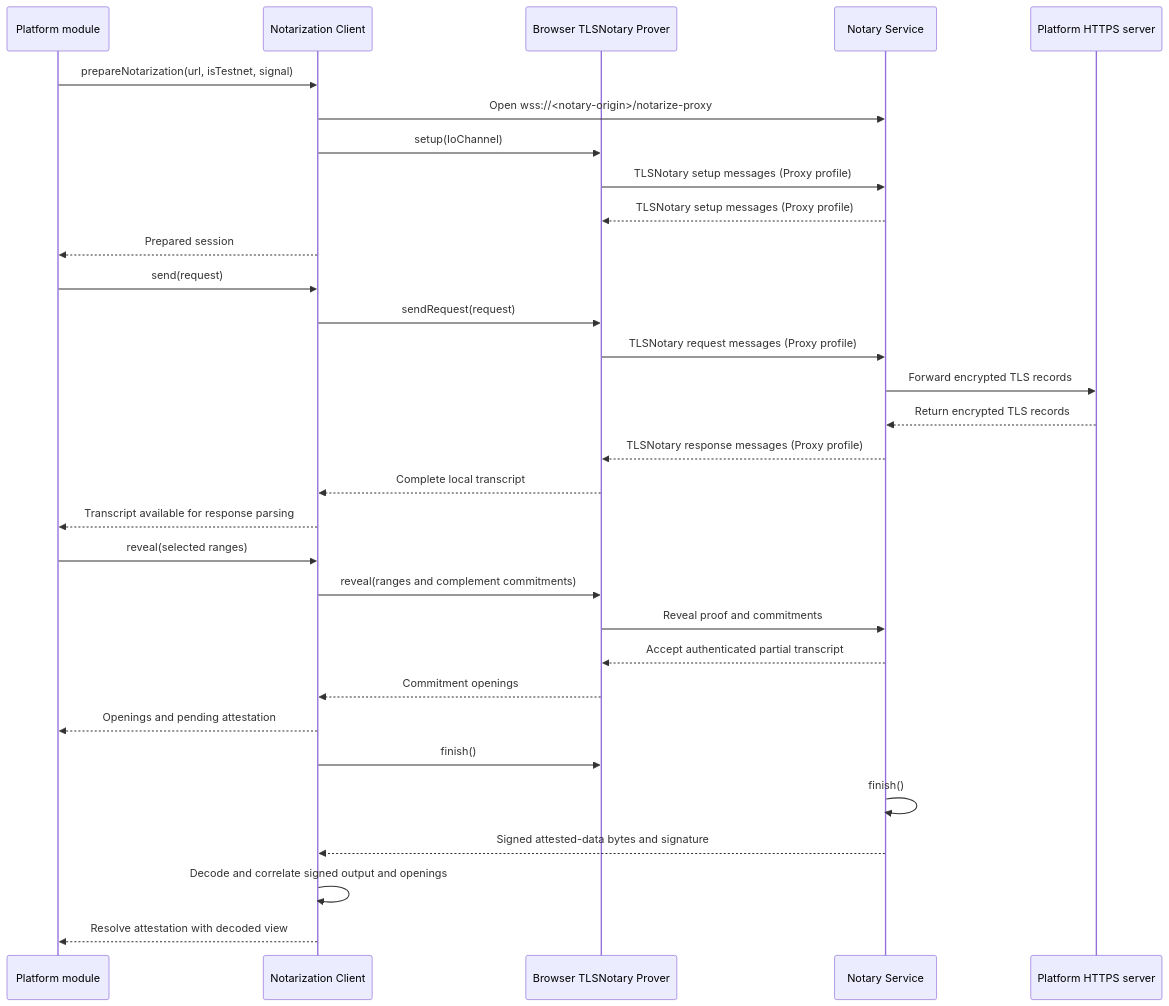
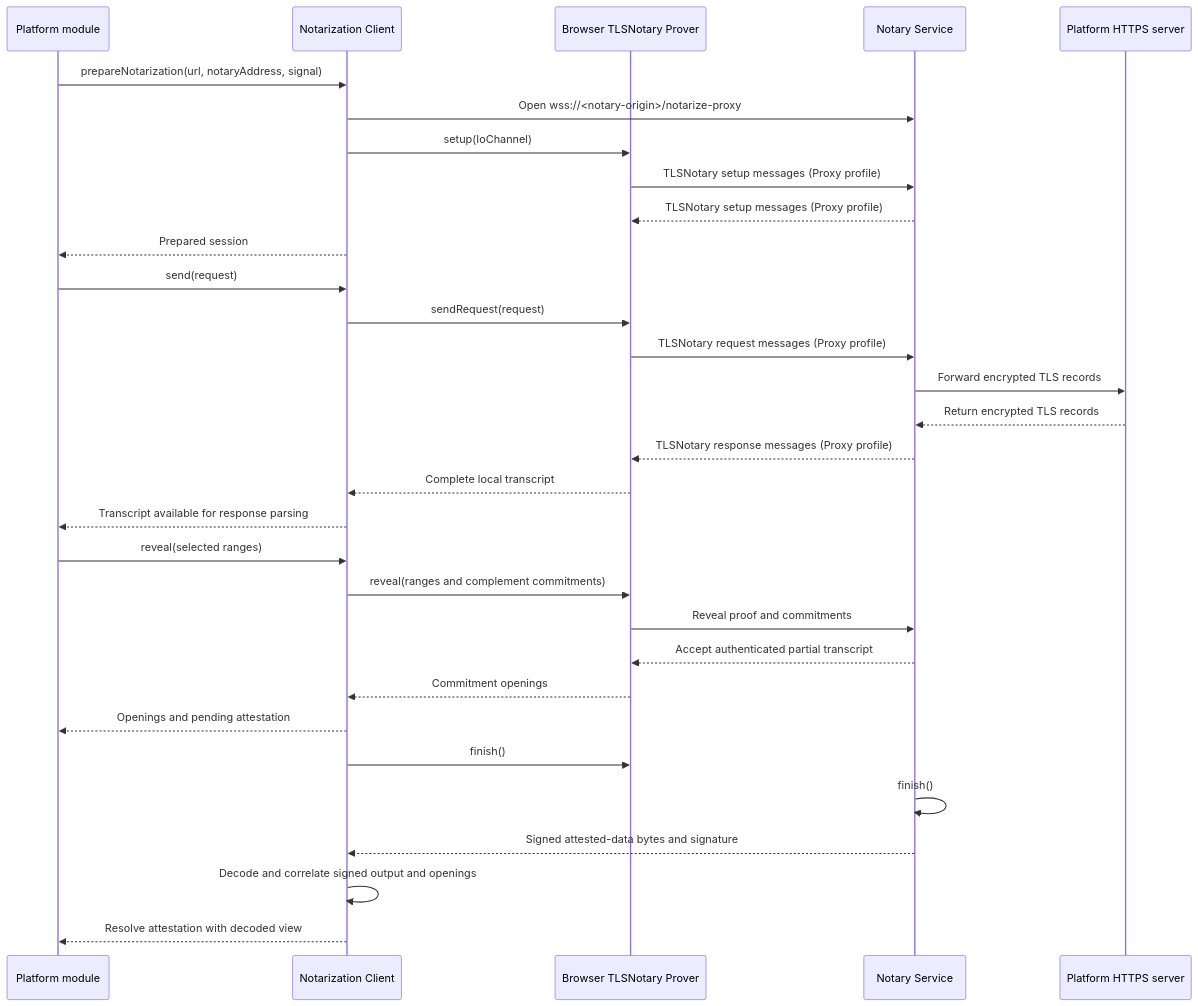
The diagram in ts/packages/ceremony/NOTARIZATION.md (libid-org/libid), drawn with Mermaid before and after one commit. The commit also changed other lines of this file and 7 other files, not shown here.

````diff
--- a/ts/packages/ceremony/NOTARIZATION.md
+++ b/ts/packages/ceremony/NOTARIZATION.md
@@ -312,34 +313,34 @@
 ```mermaid
 sequenceDiagram
     participant M as Platform module
     participant T as Notarization Client
     participant W as Browser TLSNotary Prover
     participant N as Notary Service
     participant P as Platform HTTPS server
 
-    M->>T: prepareNotarization(url, isTestnet, signal)
+    M->>T: prepareNotarization(url, notaryAddress, signal)
     T->>N: Open wss://<notary-origin>/notarize-proxy
     T->>W: setup(IoChannel)
     W->>N: TLSNotary setup messages (Proxy profile)
     N-->>W: TLSNotary setup messages (Proxy profile)
     T-->>M: Prepared session
     M->>T: send(request)
     T->>W: sendRequest(request)
     W->>N: TLSNotary request messages (Proxy profile)
     N->>P: Forward encrypted TLS records
     P-->>N: Return encrypted TLS records
     N-->>W: TLSNotary response messages (Proxy profile)
     W-->>T: Complete local transcript
     T-->>M: Transcript available for response parsing
     M->>T: reveal(selected ranges)
     T->>W: reveal(ranges and complement commitments)
     W->>N: Reveal proof and commitments
     N-->>W: Accept authenticated partial transcript
     W-->>T: Commitment openings
     T-->>M: Openings and pending attestation
     T->>W: finish()
     N->>N: finish()
     N-->>T: Signed attested-data bytes and signature
     T->>T: Decode and correlate signed output and openings
     T-->>M: Resolve attestation with decoded view
 ```
````
